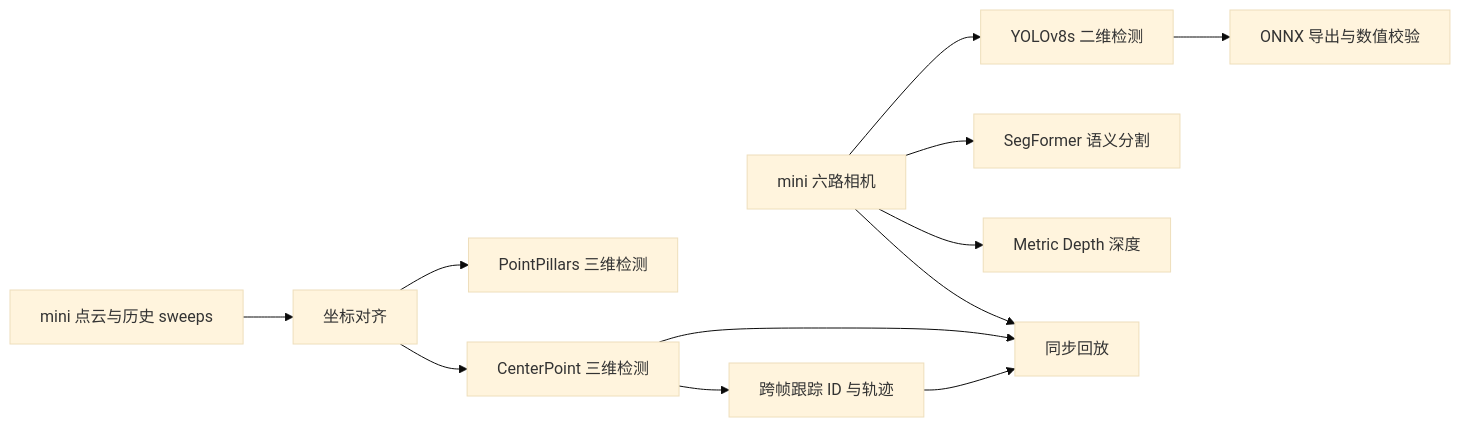
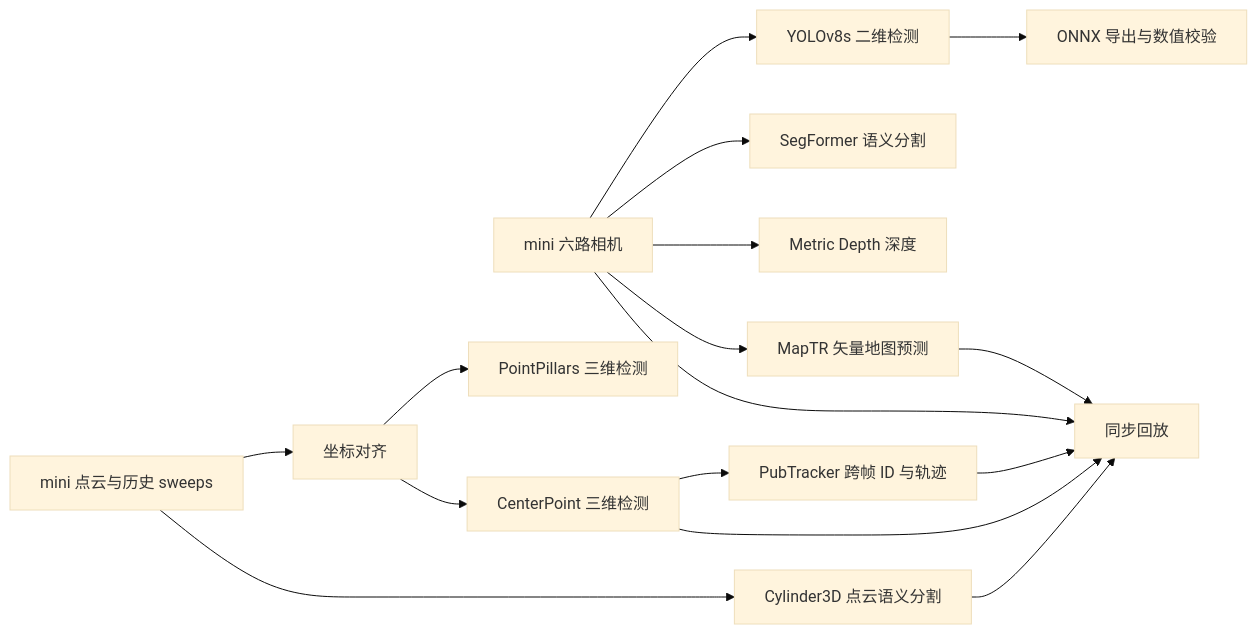
One commit to pyk142857/CARperception changed the diagram in README.md. Above: the diagram before and after it, drawn with Mermaid (base theme). The commit also changed other lines of this file and 64 other files, not shown here.

````diff
--- a/README.md
+++ b/README.md
@@ -7,14 +7,18 @@
 ```mermaid
 flowchart LR
     A[mini 六路相机] --> B[YOLOv8s 二维检测]
     A --> C[SegFormer 语义分割]
     A --> D[Metric Depth 深度]
     E[mini 点云与历史 sweeps] --> F[坐标对齐]
     F --> G[PointPillars 三维检测]
     F --> H[CenterPoint 三维检测]
-    H --> I[跨帧跟踪 ID 与轨迹]
+    H --> I[PubTracker 跨帧 ID 与轨迹]
+    E --> L[Cylinder3D 点云语义分割]
+    A --> M[MapTR 矢量地图预测]
+    L --> K
+    M --> K
     B --> J[ONNX 导出与数值校验]
     A --> K[同步回放]
     H --> K
     I --> K
 ```
````
